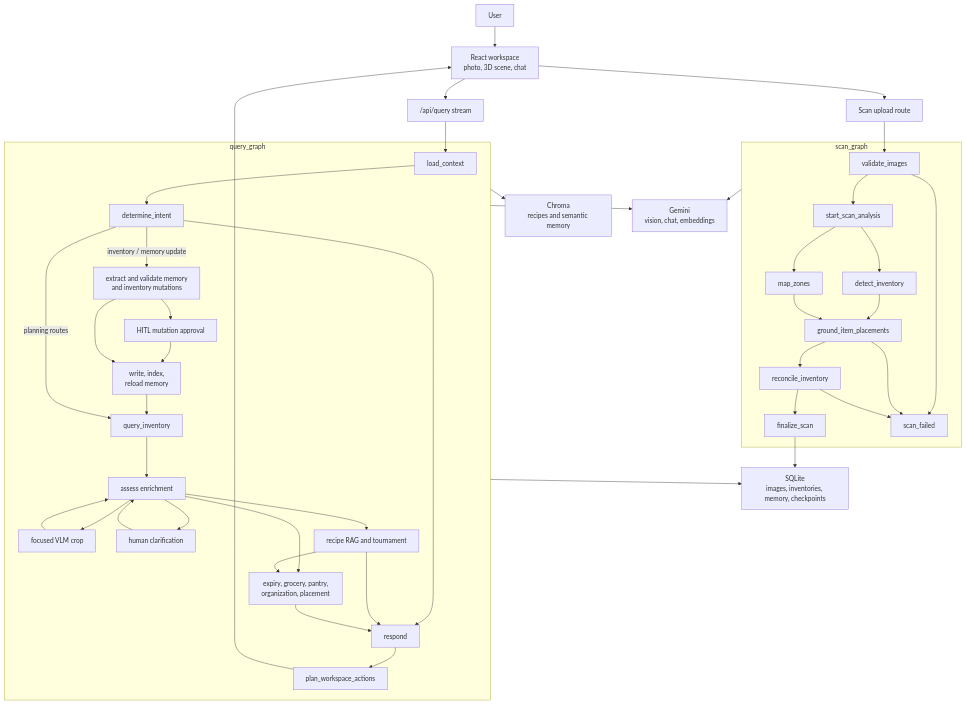
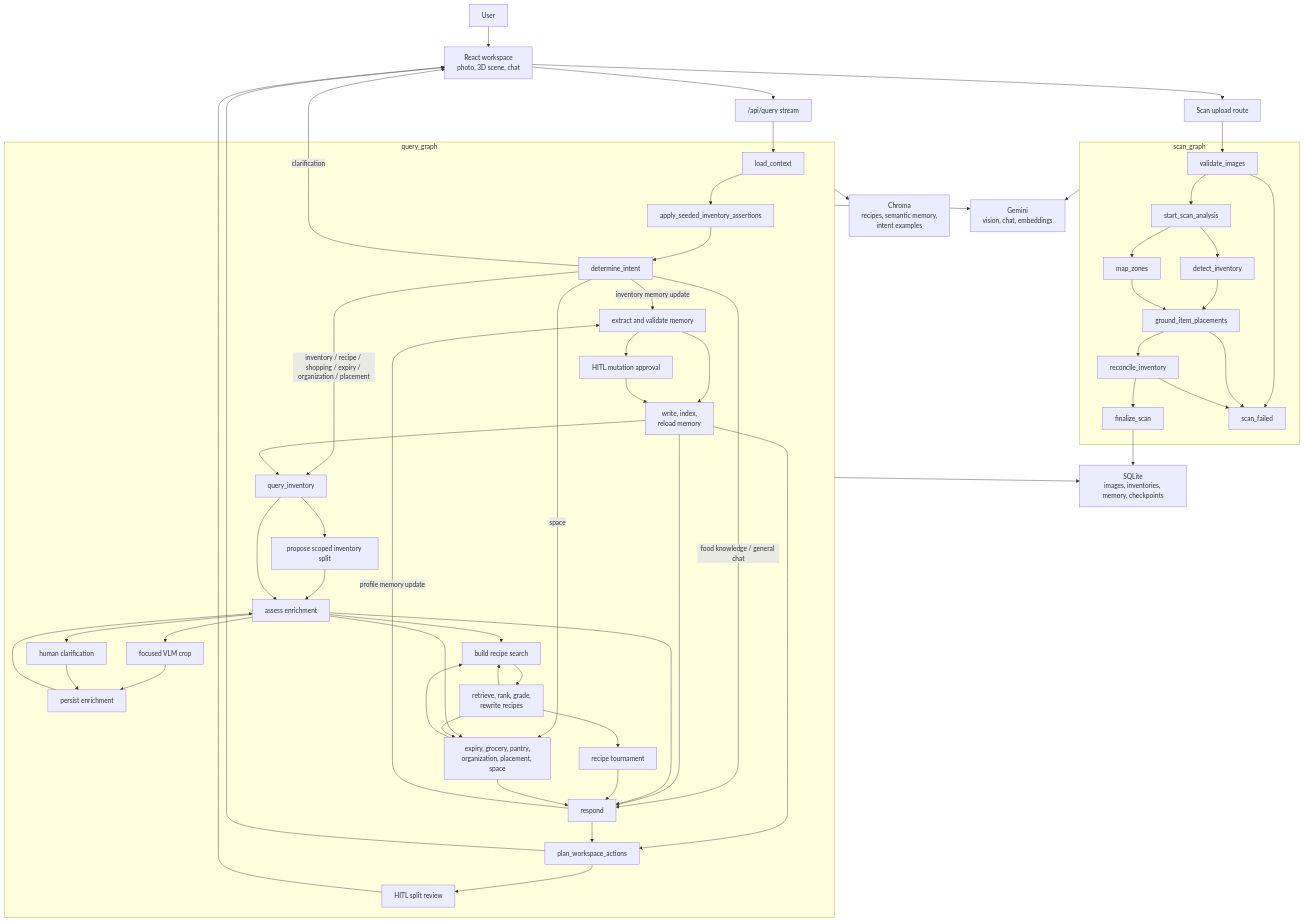
Before and after one commit to ageofadz/FridgeFriend: the diagram in README.md, drawn with Mermaid. The commit also changed other lines of this file and 15 other files, not shown here.

Commit message:
faster intent/memory

```diff
--- a/README.md
+++ b/README.md
@@ -71,22 +71,28 @@
 
   subgraph Query["query_graph"]
     Load["load_context"]
+    SeededAssert["apply_seeded_inventory_assertions"]
     Intent["determine_intent"]
-    Memory["extract and validate memory<br/>and inventory mutations"]
+    Memory["extract and validate memory"]
     MutationReview["HITL mutation approval"]
     MemoryWrite["write, index,<br/>reload memory"]
     Inventory["query_inventory"]
+    SplitProposal["propose scoped inventory split"]
     Enrich["assess enrichment"]
     FocusedVLM["focused VLM crop"]
     HumanReview["human clarification"]
-    Recipes["recipe RAG and tournament"]
-    Plans["expiry, grocery, pantry,<br/>organization, placement"]
+    PersistEnrichment["persist enrichment"]
+    RecipeSearch["build recipe search"]
+    RecipeRAG["retrieve, rank, grade,<br/>rewrite recipes"]
+    Tournament["recipe tournament"]
+    Plans["expiry, grocery, pantry,<br/>organization, placement, space"]
     Respond["respond"]
     Workspace["plan_workspace_actions"]
+    SplitReview["HITL split review"]
   end
 
   Store["SQLite<br/>images, inventories, memory, checkpoints"]
-  Chroma["Chroma<br/>recipes and semantic memory"]
+  Chroma["Chroma<br/>recipes, semantic memory,<br/>intent examples"]
   Gemini["Gemini<br/>vision, chat, embeddings"]
 
   User --> UI
@@ -103,20 +109,34 @@
   Reconcile --> ScanFailed
   FinalizeScan --> Store
 
-  UI --> QueryAPI --> Load --> Intent
-  Intent -- "inventory / memory update" --> Memory
-  Memory --> MutationReview --> MemoryWrite
-  Memory --> MemoryWrite --> Inventory
-  Intent -- "planning routes" --> Inventory
-  Intent --> Respond
+  UI --> QueryAPI --> Load --> SeededAssert --> Intent
+  Intent -- "inventory memory update" --> Memory
+  Intent -- "inventory / recipe / shopping / expiry / organization / placement" --> Inventory
+  Intent -- "food knowledge / general chat" --> Respond
+  Intent -- "space" --> Plans
+  Intent -- "clarification" --> UI
+  Memory --> MutationReview
+  Memory --> MemoryWrite
+  MutationReview --> MemoryWrite
+  MemoryWrite --> Inventory
+  MemoryWrite --> Respond
+  MemoryWrite --> Workspace
+  Inventory --> SplitProposal --> Enrich
   Inventory --> Enrich
-  Enrich --> FocusedVLM --> Enrich
-  Enrich --> HumanReview --> Enrich
-  Enrich --> Recipes
+  Enrich --> FocusedVLM --> PersistEnrichment --> Enrich
+  Enrich --> HumanReview --> PersistEnrichment
+  Enrich --> RecipeSearch
   Enrich --> Plans
-  Recipes --> Plans
-  Recipes --> Respond
-  Plans --> Respond --> Workspace --> UI
+  Enrich --> Respond
+  RecipeSearch --> RecipeRAG
+  RecipeRAG --> RecipeSearch
+  RecipeRAG --> Tournament --> Respond
+  RecipeRAG --> Plans
+  Plans --> RecipeSearch
+  Plans --> Respond
+  Respond -- "profile memory update" --> Memory
+  Respond --> Workspace --> SplitReview --> UI
+  Workspace --> UI
 
   Scan --> Gemini
   Query --> Gemini
```
